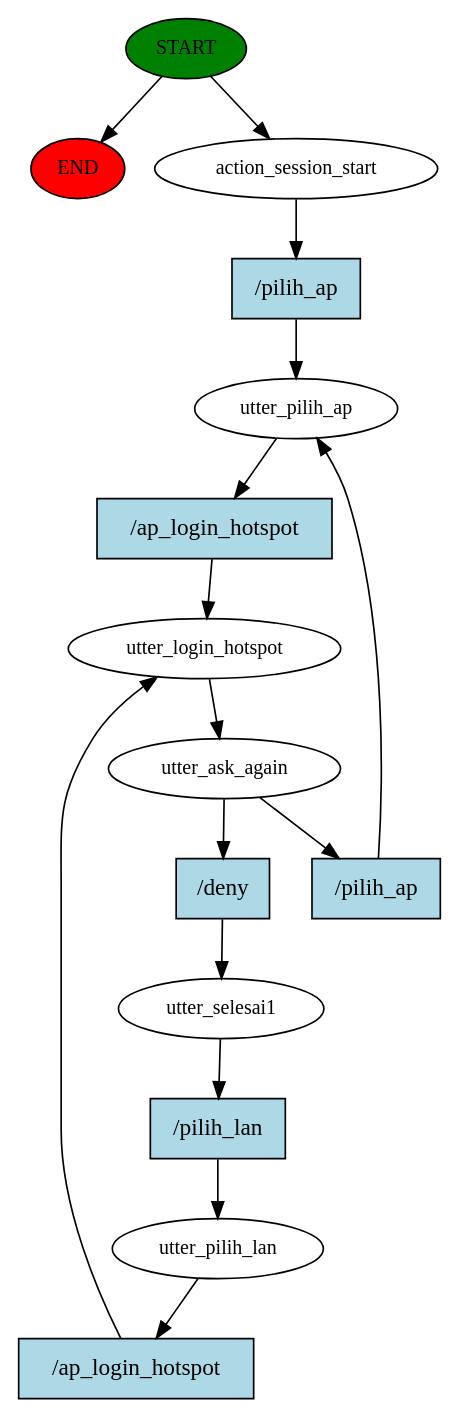
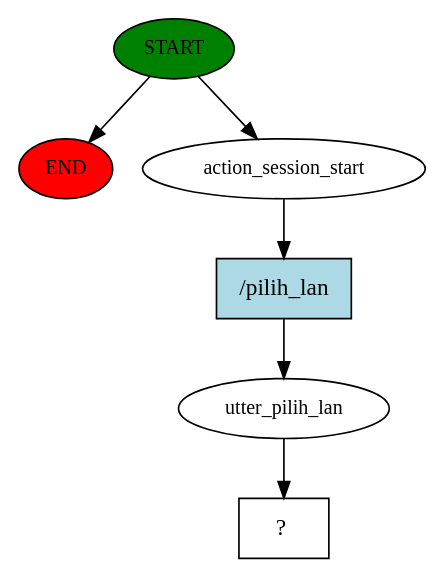
One commit to rizaisyah/RASA-Chatbot changed the diagram in story_graph.dot. Above: the diagram before and after it, drawn with Graphviz. The commit also changed 6 other files, not shown here.

```diff
--- a/story_graph.dot
+++ b/story_graph.dot
@@ -1,31 +1,13 @@
 digraph  {
 0 [class="start active", fillcolor=green, fontsize=12, label=START, style=filled];
 "-1" [class=end, fillcolor=red, fontsize=12, label=END, style=filled];
 1 [class=active, fontsize=12, label=action_session_start];
-2 [class=active, fontsize=12, label=utter_pilih_ap];
-3 [class=active, fontsize=12, label=utter_login_hotspot];
-4 [class="active dashed", fontsize=12, label=utter_ask_again];
-8 [class=active, fontsize=12, label=utter_selesai1];
-9 [class=active, fontsize=12, label=utter_pilih_lan];
-12 [class="intent active", fillcolor=lightblue, label="/pilih_ap", shape=rect, style=filled];
-13 [class="intent active", fillcolor=lightblue, label="/ap_login_hotspot", shape=rect, style=filled];
-14 [class="intent active", fillcolor=lightblue, label="/pilih_ap", shape=rect, style=filled];
-15 [class="intent active", fillcolor=lightblue, label="/deny", shape=rect, style=filled];
-16 [class="intent active", fillcolor=lightblue, label="/pilih_lan", shape=rect, style=filled];
-17 [class="intent active", fillcolor=lightblue, label="/ap_login_hotspot", shape=rect, style=filled];
+2 [class=active, fontsize=12, label=utter_pilih_lan];
+3 [class="intent dashed active", label="  ?  ", shape=rect];
+4 [class="intent active", fillcolor=lightblue, label="/pilih_lan", shape=rect, style=filled];
 0 -> "-1"  [class="", key=NONE, label=""];
 0 -> 1  [class=active, key=NONE, label=""];
-1 -> 12  [class=active, key=0];
-2 -> 13  [class=active, key=0];
-3 -> 4  [class=active, key=NONE, label=""];
-4 -> 14  [class=active, key=0];
-4 -> 15  [class=active, key=0];
-8 -> 16  [class=active, key=0];
-9 -> 17  [class=active, key=0];
-12 -> 2  [class=active, key=0];
-13 -> 3  [class=active, key=0];
-14 -> 2  [class=active, key=0];
-15 -> 8  [class=active, key=0];
-16 -> 9  [class=active, key=0];
-17 -> 3  [class=active, key=0];
+1 -> 4  [class=active, key=0];
+2 -> 3  [class=active, key=NONE, label=""];
+4 -> 2  [class=active, key=0];
 }
```
